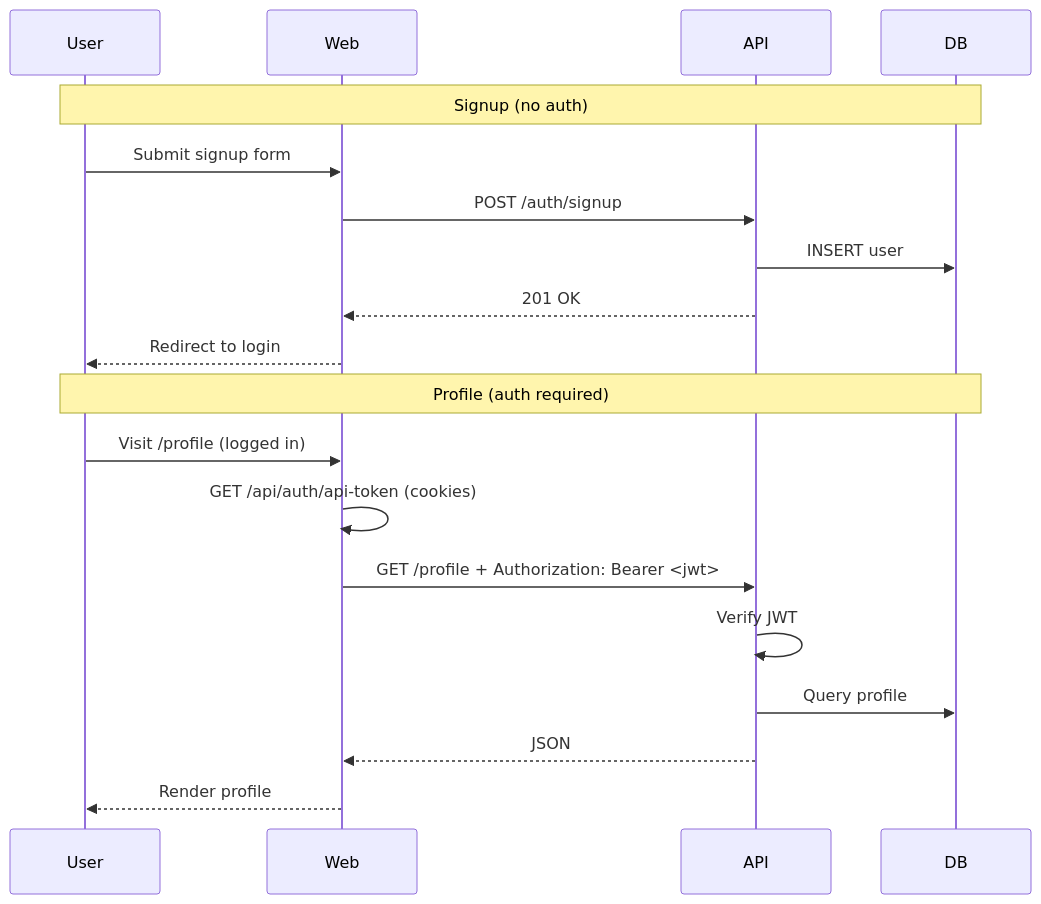
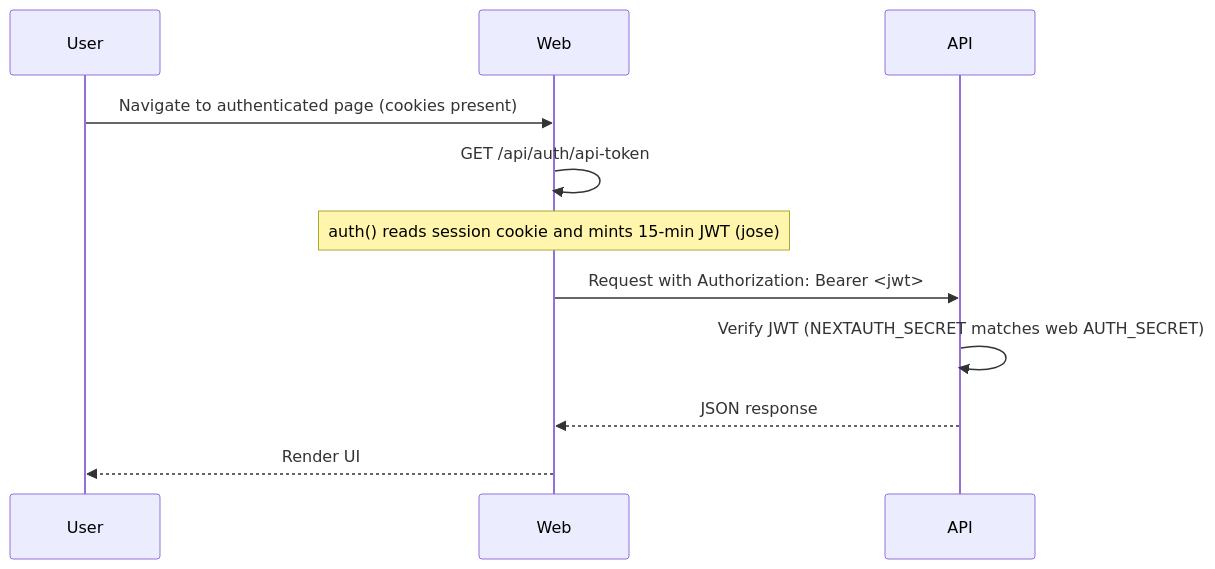
The second of 4 diagrams in docs/System_Map.md (RSS705/newchums), drawn with Mermaid before and after one commit. The commit also changed other lines of this file and 3 other files, not shown here.

````diff
--- a/docs/System_Map.md
+++ b/docs/System_Map.md
@@ -138,23 +94,14 @@
 ```mermaid
 sequenceDiagram
   participant User
   participant Web
   participant API
-  participant DB
 
-  Note over User,DB: Signup (no auth)
-  User->>Web: Submit signup form
-  Web->>API: POST /auth/signup
-  API->>DB: INSERT user
-  API-->>Web: 201 OK
-  Web-->>User: Redirect to login
-
-  Note over User,DB: Profile (auth required)
-  User->>Web: Visit /profile (logged in)
-  Web->>Web: GET /api/auth/api-token (cookies)
-  Web->>API: GET /profile + Authorization: Bearer <jwt>
-  API->>API: Verify JWT
-  API->>DB: Query profile
-  API-->>Web: JSON
-  Web-->>User: Render profile
+  User->>Web: Navigate to authenticated page (cookies present)
+  Web->>Web: GET /api/auth/api-token
+  Note over Web: auth() reads session cookie and mints 15-min JWT (jose)
+  Web->>API: Request with Authorization: Bearer <jwt>
+  API->>API: Verify JWT (NEXTAUTH_SECRET matches web AUTH_SECRET)
+  API-->>Web: JSON response
+  Web-->>User: Render UI
 ```
````
